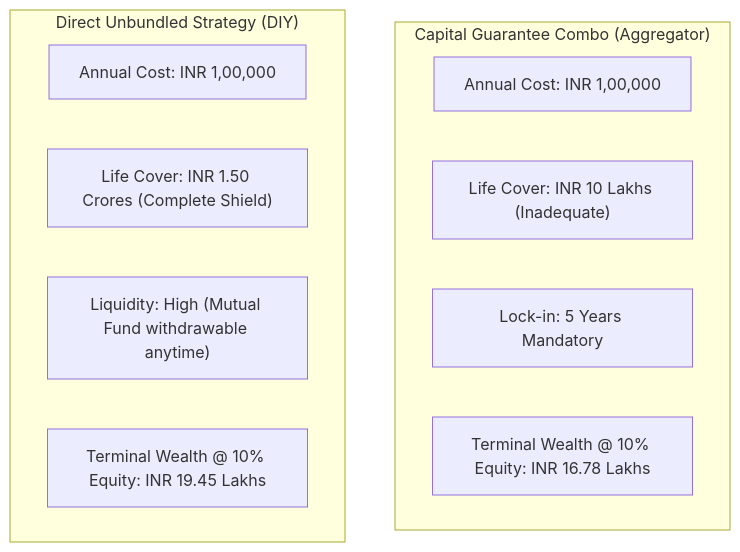
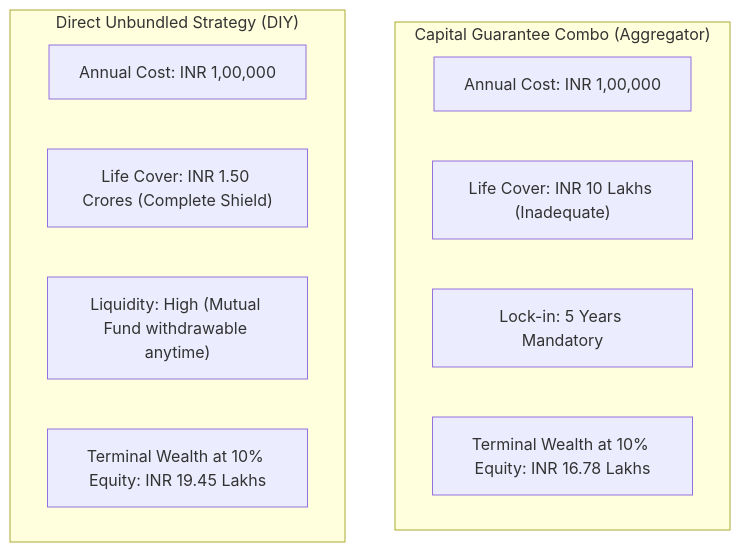
One commit to chirag127/cover-and-capital-india changed the second of 2 diagrams in src/content/articles/capital-guarantee-plans-policybazaar-combo-breakdown.mdx. Above: the diagram before and after it, drawn with Mermaid. The commit also changed other lines of this file and 4 other files, not shown here.

Commit message:
fix(mermaid): clean edge syntax and diagram tokens for robust client rendering

````diff
--- a/src/content/articles/capital-guarantee-plans-policybazaar-combo-breakdown.mdx
+++ b/src/content/articles/capital-guarantee-plans-policybazaar-combo-breakdown.mdx
@@ -169,16 +169,16 @@
 ```mermaid
 flowchart TD
     subgraph Combo["Capital Guarantee Combo (Aggregator)"]
         C1["Annual Cost: INR 1,00,000"]
         C2["Life Cover: INR 10 Lakhs (Inadequate)"]
         C3["Lock-in: 5 Years Mandatory"]
-        C4["Terminal Wealth @ 10% Equity: INR 16.78 Lakhs"]
+        C4["Terminal Wealth at 10% Equity: INR 16.78 Lakhs"]
     end
     
     subgraph DIY["Direct Unbundled Strategy (DIY)"]
         D1["Annual Cost: INR 1,00,000"]
         D2["Life Cover: INR 1.50 Crores (Complete Shield)"]
         D3["Liquidity: High (Mutual Fund withdrawable anytime)"]
-        D4["Terminal Wealth @ 10% Equity: INR 19.45 Lakhs"]
+        D4["Terminal Wealth at 10% Equity: INR 19.45 Lakhs"]
     end
 ```
````
